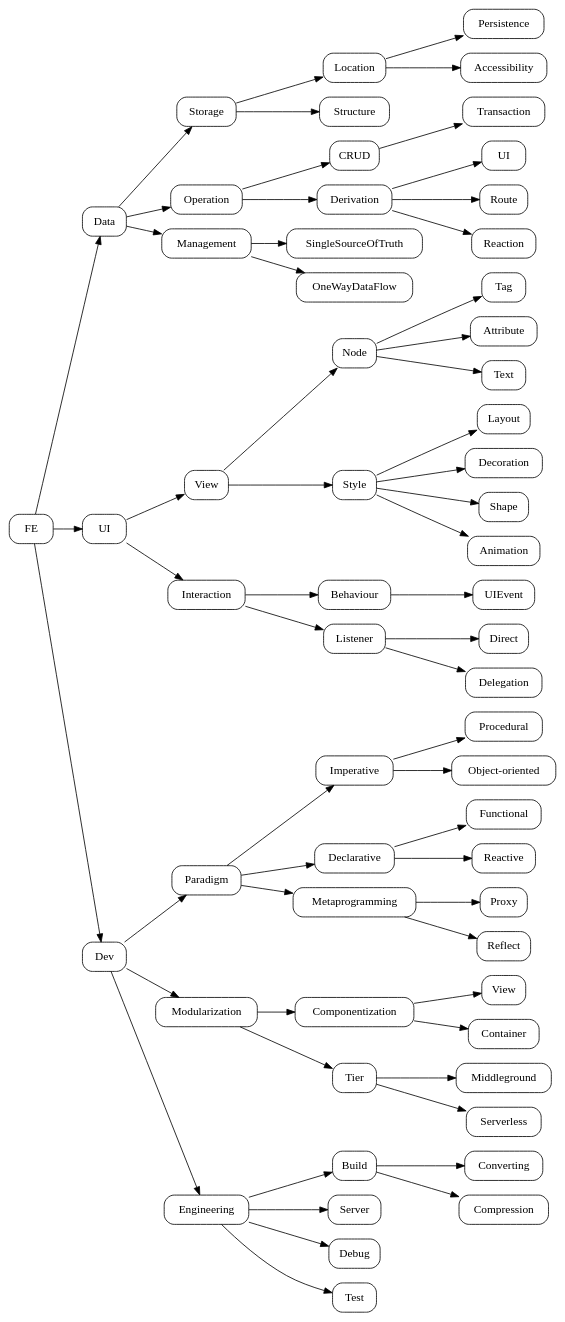
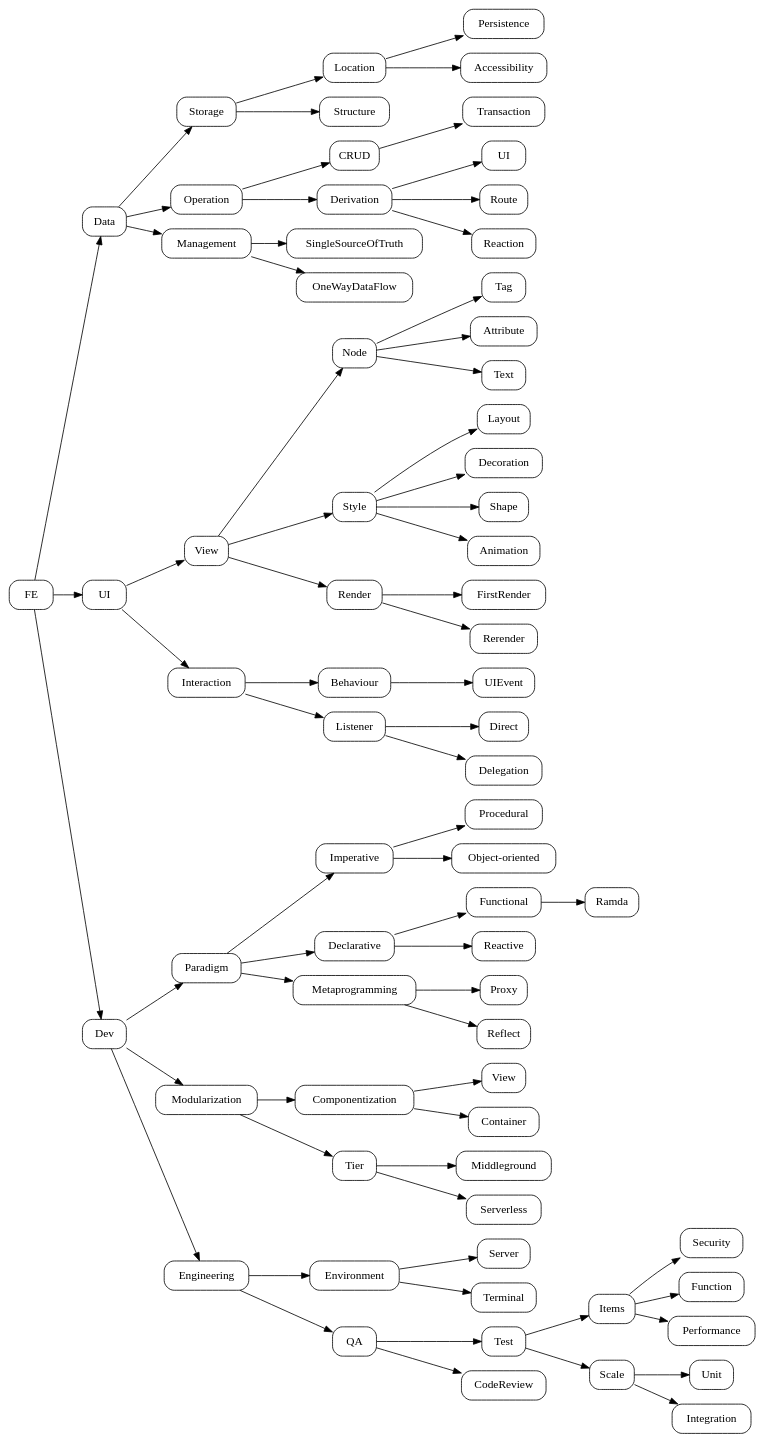
Before and after one commit to xhlsrj/psychic-journey: the diagram in FE.TechArea.dot, drawn with Graphviz.

```diff
--- a/FE.TechArea.dot
+++ b/FE.TechArea.dot
@@ -1,106 +1,129 @@
 digraph FE{
   rankdir=LR
   node [shape="box",style="rounded"]
   {
     "Data.Data"[label="Data"]
     "UI.UI"[label="UI"]
     "Dev.Dev"[label="Dev"]
   }
 
   FE->{"Data.Data","UI.UI","Dev.Dev"}
 
   // Data
   {
     "Data.Storage"[label="Storage"]
       "Data.Location"[label="Location"]
         "Data.Persistence"[label="Persistence"]
         "Data.Accessibility"[label="Accessibility"]
       "Data.Structure"[label="Structure"]
     "Data.Operation"[label="Operation"]
       "Data.CRUD"[label="CRUD"]
       "Data.Transaction"[label="Transaction"]
       "Data.Derivation"[label="Derivation"]
         "Data.UI"[label="UI"]
         "Data.Route"[label="Route"]
         "Data.Reaction"[label="Reaction"]
     "Data.Management"[label="Management"]
       "Data.SingleSourceOfTruth"[label="SingleSourceOfTruth"]
       "Data.OneWayDataFlow"[label="OneWayDataFlow"]
   }
 
   {"Data.Data"}->{"Data.Storage","Data.Operation","Data.Management"}
     {"Data.Storage"}->{"Data.Location","Data.Structure"}
       {"Data.Location"}->{"Data.Persistence","Data.Accessibility"}
     {"Data.Operation"}->{"Data.CRUD","Data.Derivation"}
       {"Data.CRUD"}->{"Data.Transaction"}
       {"Data.Derivation"}->{"Data.UI","Data.Route","Data.Reaction"}
     {"Data.Management"}->{"Data.SingleSourceOfTruth","Data.OneWayDataFlow"}
 
 
   // UI
   {
     "UI.View"[label="View"]
       "UI.Node"[label="Node"]
         "UI.Tag"[label="Tag"]
         "UI.Attribute"[label="Attribute"]
         "UI.Text"[label="Text"]
       "UI.Style"[label="Style"]
         "UI.Layout"[label="Layout"]
         "UI.Decoration"[label="Decoration"]
         "UI.Shape"[label="Shape"]
         "UI.Animation"[label="Animation"]
+      "UI.Render"[label="Render"]
+        "UI.FirstRender"[label="FirstRender"]
+        "UI.Rerender"[label="Rerender"]
     "UI.Interaction"[label="Interaction"]
       "UI.Behaviour"[label="Behaviour"]
         "UI.UIEvent"[label="UIEvent"]
       "UI.Listener"[label="Listener"]
         "UI.Direct"[label="Direct"]
         "UI.Delegation"[label="Delegation"]
   }
 
   {"UI.UI"}->{"UI.View","UI.Interaction"}
-    {"UI.View"}->{"UI.Node","UI.Style"}
+    {"UI.View"}->{"UI.Node","UI.Style","UI.Render"}
       {"UI.Node"}->{"UI.Tag","UI.Attribute","UI.Text"}
       {"UI.Style"}->{"UI.Layout","UI.Decoration","UI.Shape","UI.Animation"}
+      {"UI.Render"}->{"UI.FirstRender","UI.Rerender"}
     {"UI.Interaction"}->{"UI.Behaviour","UI.Listener"}
       {"UI.Behaviour"}->{"UI.UIEvent"}
       {"UI.Listener"}->{"UI.Direct","UI.Delegation"}
 
   // Dev
   {
     "Dev.Paradigm"[label="Paradigm"]
       "Dev.Imperative"[label="Imperative"]
         "Dev.Procedural"[label="Procedural"]
         "Dev.Object-oriented"[label="Object-oriented"]
       "Dev.Declarative"[label="Declarative"]
         "Dev.Functional"[label="Functional"]
+          "Dev.Ramda"[label="Ramda"]
         "Dev.Reactive"[label="Reactive"]
       "Dev.Metaprogramming"[label="Metaprogramming"]
         "Dev.Proxy"[label="Proxy"]
         "Dev.Reflect"[label="Reflect"]
     "Dev.Modularization"[label="Modularization"]
       "Dev.Componentization"[label="Componentization"]
         "Dev.View"[label="View"]
         "Dev.Container"[label="Container"]
       "Dev.Tier"[label="Tier"]
         "Dev.Middleground"[label="Middleground"]
         "Dev.Serverless"[label="Serverless"]
     "Dev.Engineering"[label="Engineering"]
-      "Dev.Build"[label="Build"]
-        "Dev.Converting"[label="Converting"]
-        "Dev.Compression"[label="Compression"]
-      "Dev.Server"[label="Server"]
-      "Dev.Debug"[label="Debug"]
-      "Dev.Test"[label="Test"]
+      "Dev.Environment"[label="Environment"]
+        "Dev.Server"[label="Server"]
+        "Dev.Terminal"[label="Terminal"]
+      "Dev.QA"[label="QA"]
+        "Dev.Test"[label="Test"]
+          "Dev.Items"[label="Items"]
+            "Dev.Security"[label="Security"]
+            "Dev.Function"[label="Function"]
+            "Dev.Performance"[label="Performance"]
+          "Dev.Scale"[label="Scale"]
+            "Dev.Unit"[label="Unit"]
+            "Dev.Integration"[label="Integration"]
+        "Dev.CodeReview"[label="CodeReview"]
+      // "Dev.Build"[label="Build"]
+      //   "Dev.Converting"[label="Converting"]
+      //   "Dev.Compression"[label="Compression"]
+      // "Dev.release"[label="release"]
   }
 
   {"Dev.Dev"}->{"Dev.Paradigm","Dev.Modularization","Dev.Engineering"}
     {"Dev.Paradigm"}->{"Dev.Imperative","Dev.Declarative","Dev.Metaprogramming"}
       {"Dev.Imperative"}->{"Dev.Procedural","Dev.Object-oriented"}
       {"Dev.Declarative"}->{"Dev.Functional","Dev.Reactive"}
+        {"Dev.Functional"}->{"Dev.Ramda"}
       {"Dev.Metaprogramming"}->{"Dev.Proxy","Dev.Reflect"}
     {"Dev.Modularization"}->{"Dev.Componentization","Dev.Tier"}
       {"Dev.Componentization"}->{"Dev.View","Dev.Container"}
       {"Dev.Tier"}->{"Dev.Middleground","Dev.Serverless"}
-    {"Dev.Engineering"}->{"Dev.Build","Dev.Server","Dev.Debug","Dev.Test"}
-      {"Dev.Build"}->{"Dev.Converting","Dev.Compression"}
+    // {"Dev.Engineering"}->{"Dev.Environment","Dev.QA","Dev.Build","Dev.release"}
+    {"Dev.Engineering"}->{"Dev.Environment","Dev.QA"}
+      {"Dev.Environment"}->{"Dev.Server","Dev.Terminal"}
+      {"Dev.QA"}->{"Dev.Test","Dev.CodeReview"}
+        {"Dev.Test"}->{"Dev.Items","Dev.Scale"}
+          {"Dev.Items"}->{"Dev.Security","Dev.Function","Dev.Performance"}
+          {"Dev.Scale"}->{"Dev.Unit","Dev.Integration"}
+      // {"Dev.Build"}->{"Dev.Converting","Dev.Compression"}
 }
```
